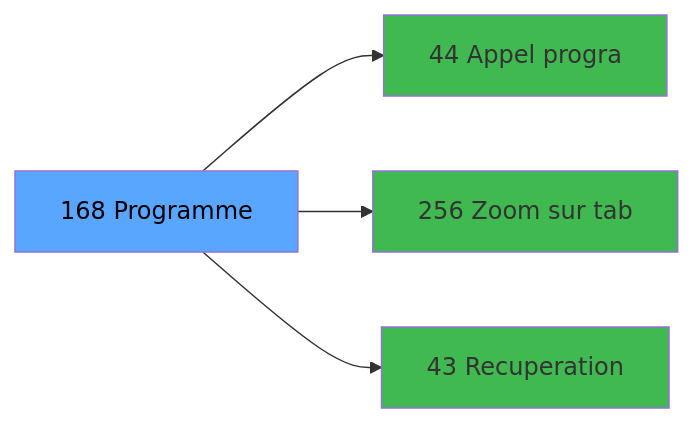
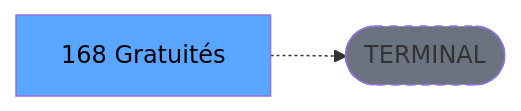
Before and after one commit to thonyAGP/lecteur-magic: the third of 3 diagrams in .openspec/renders/ADH-IDE-168.md, drawn with Mermaid. The commit also changed other lines of this file and 701 other files, not shown here.

````diff
--- a/.openspec/renders/ADH-IDE-168.md
+++ b/.openspec/renders/ADH-IDE-168.md
@@ -153,14 +135,8 @@
 ```mermaid
 graph LR
-    T[168 Programme]
-    C44[44 Appel progra]
-    T --> C44
-    C256[256 Zoom sur tab]
-    T --> C256
-    C43[43 Recuperation]
-    T --> C43
+    T[168 Gratuités]
+    TERM([TERMINAL])
+    T -.-> TERM
+    style TERM fill:#6b7280,stroke-dasharray: 5 5
     style T fill:#58a6ff,color:#000
-    style C44 fill:#3fb950
-    style C256 fill:#3fb950
-    style C43 fill:#3fb950
 ```
````
